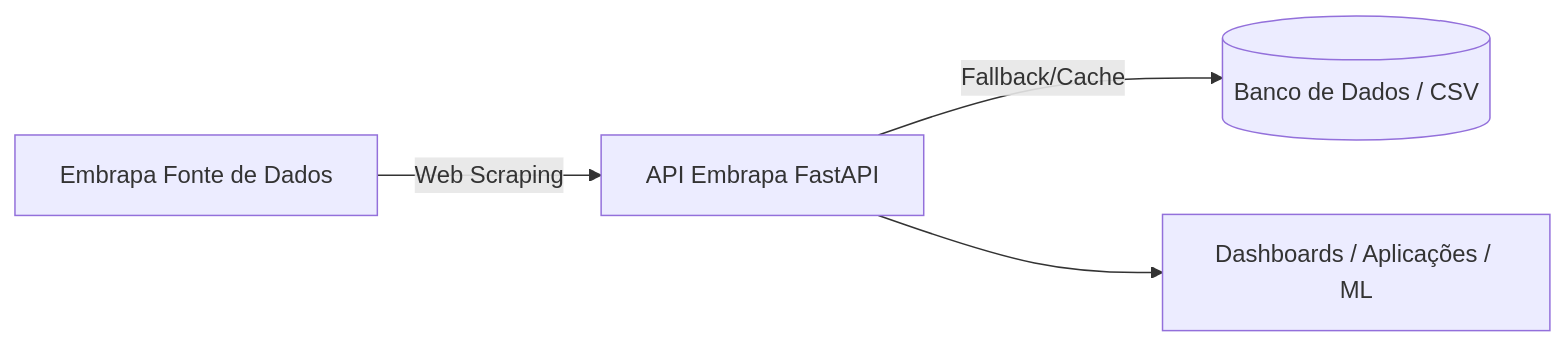
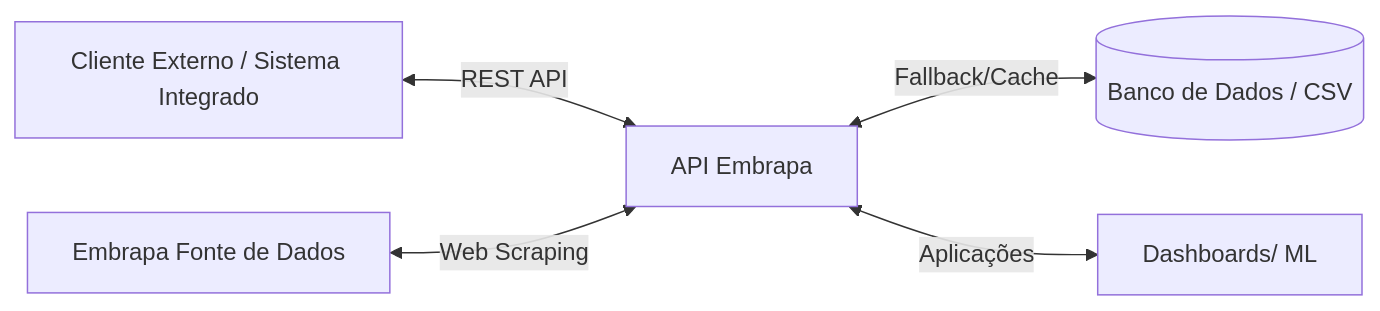
The first of 6 diagrams in fase1/README.md (Isabelle-Fideles/tech-challenge-embrapa), drawn with Mermaid before and after one commit. The commit also changed other lines of this file, not shown here.

Commit message:
feat: Update README.md to clarify API problem resolution and enhance documentation structure

````diff
--- a/fase1/README.md
+++ b/fase1/README.md
@@ -146,6 +147,7 @@
 ```mermaid
 flowchart LR
-    A[Embrapa Fonte de Dados] -->|Web Scraping| B[API Embrapa FastAPI]
-    B -->|Fallback/Cache| C[(Banco de Dados / CSV)]
-    B --> D[Dashboards / Aplicações / ML]
+    E[Cliente Externo / Sistema Integrado] <--> |REST API| B
+    A[Embrapa Fonte de Dados] <--> |Web Scraping| B[API Embrapa]
+    B <--> |Fallback/Cache| C[(Banco de Dados / CSV)]
+    B <--> |Aplicações| D[Dashboards/ ML]
 ```
````
